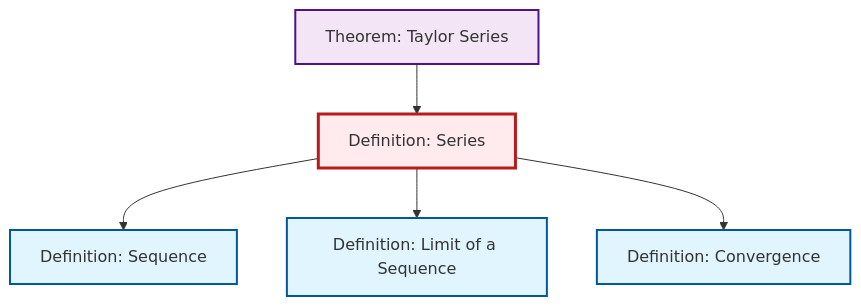
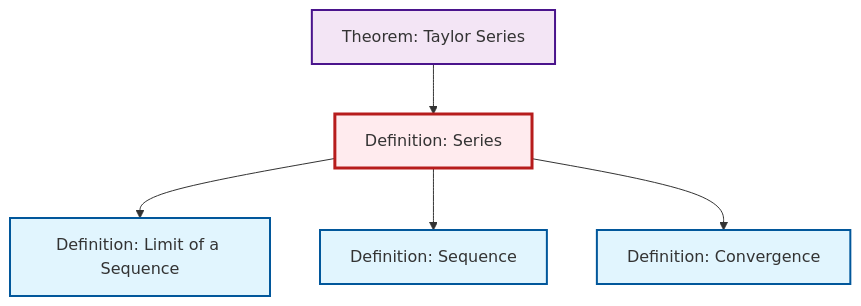
The diagram in content/en/analysis/def-series.qmd (RK0429/ModernMath), drawn with Mermaid before and after one commit. The commit also changed other lines of this file and 654 other files, not shown here.

````diff
--- a/content/en/analysis/def-series.qmd
+++ b/content/en/analysis/def-series.qmd
@@ -90,23 +90,23 @@
 ```{mermaid}
 %%| fig-cap: "Local dependency graph"
 graph TD
     classDef definition fill:#e1f5fe,stroke:#01579b,stroke-width:2px
     classDef theorem fill:#f3e5f5,stroke:#4a148c,stroke-width:2px
     classDef axiom fill:#fff3e0,stroke:#e65100,stroke-width:2px
     classDef example fill:#e8f5e9,stroke:#1b5e20,stroke-width:2px
     classDef current fill:#ffebee,stroke:#b71c1c,stroke-width:3px
     def-convergence["Definition: Convergence"]:::definition
+    def-series["Definition: Series"]:::definition
+    thm-taylor-series["Theorem: Taylor Series"]:::theorem
+    def-limit["Definition: Limit of a Sequence"]:::definition
     def-sequence["Definition: Sequence"]:::definition
-    def-series["Definition: Series"]:::definition
-    def-limit["Definition: Limit of a Sequence"]:::definition
-    thm-taylor-series["Theorem: Taylor Series"]:::theorem
+    def-series --> def-limit
     def-series --> def-sequence
     thm-taylor-series --> def-series
-    def-series --> def-limit
     def-series --> def-convergence
     class def-series current
     click def-convergence "def-convergence.html" "Go to Convergence definition"
+    click thm-taylor-series "thm-taylor-series.html" "Go to Taylor Series theorem"
+    click def-limit "def-limit.html" "Go to Limit of a Sequence definition"
     click def-sequence "def-sequence.html" "Go to Sequence definition"
-    click def-limit "def-limit.html" "Go to Limit of a Sequence definition"
-    click thm-taylor-series "thm-taylor-series.html" "Go to Taylor Series theorem"
 ```
````
